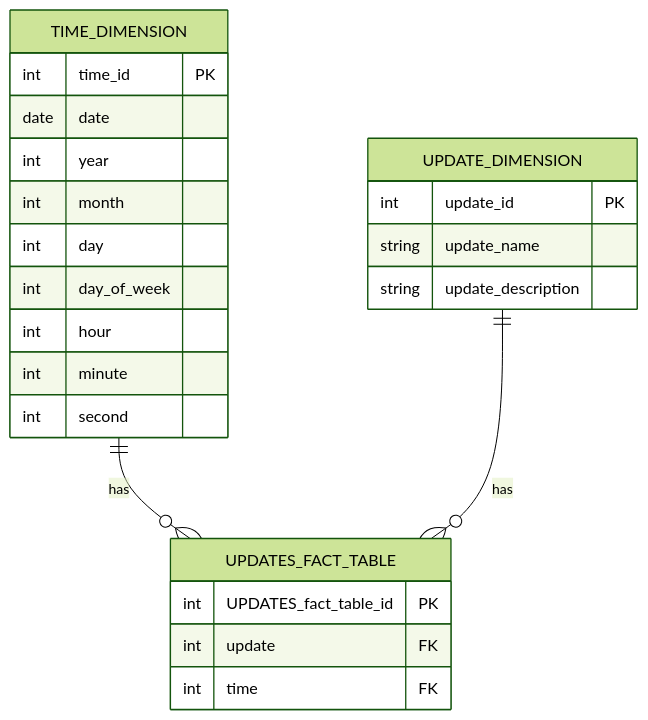
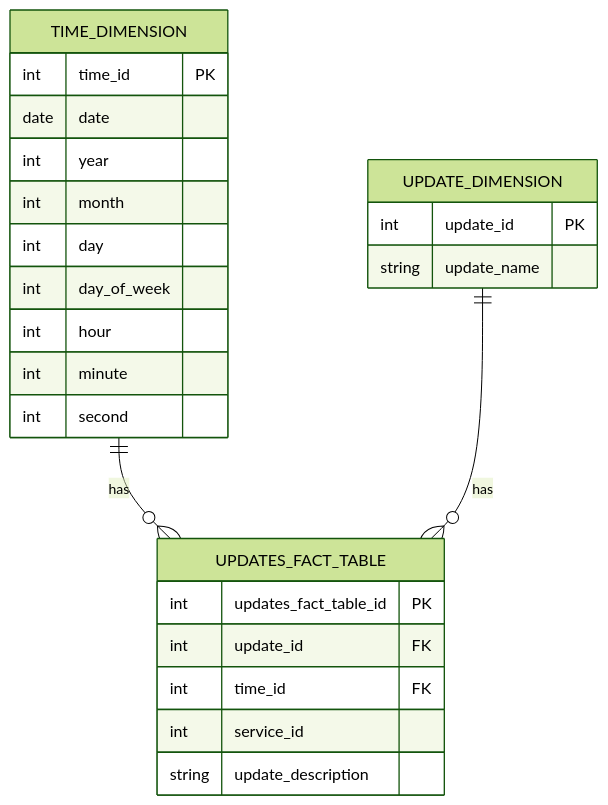
Before and after one commit to LONG-TERM-EFFECTS-OF-SUFFERING/Rapidos_y_Furiosos_data_warehouse: the ninth of 9 diagrams in dimensions_and_data_marts.md, drawn with Mermaid (forest theme). The commit also changed other lines of this file and 5 other files, not shown here.

````diff
--- a/dimensions_and_data_marts.md
+++ b/dimensions_and_data_marts.md
@@ -166,29 +165,30 @@
 ```MERMAID
 erDiagram
     TIME_DIMENSION {
         int time_id PK
         date date
         int year
         int month
         int day
         int day_of_week
         int hour
         int minute
         int second
     }
 
     UPDATE_DIMENSION {
         int update_id PK
         string update_name
-        string update_description
     }
 
     UPDATES_FACT_TABLE {
-        int UPDATES_fact_table_id PK
-        int update FK
-        int time FK
+        int updates_fact_table_id PK
+        int update_id FK
+        int time_id FK
+        int service_id
+        string update_description
     }
 
     TIME_DIMENSION ||--o{ UPDATES_FACT_TABLE : "has"
     UPDATE_DIMENSION ||--o{ UPDATES_FACT_TABLE : "has"
 ```
````
